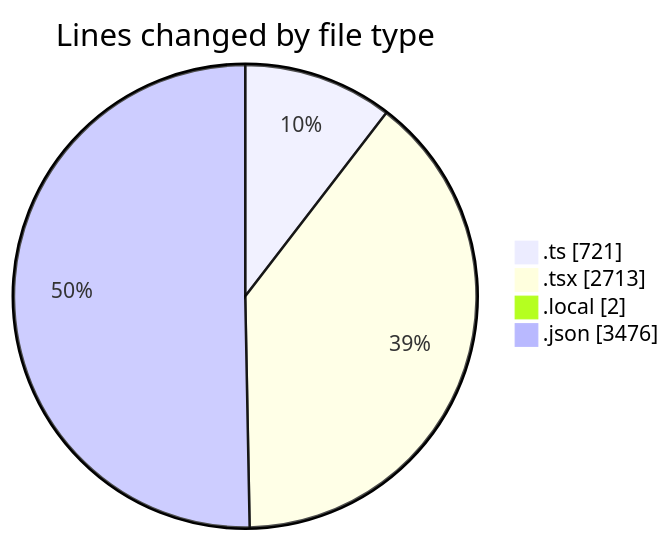
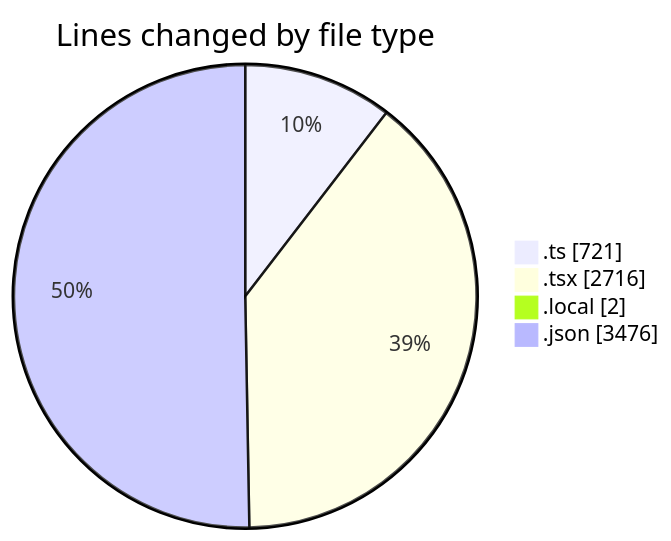
One commit to julien-gomy/code-tracking changed the first of 2 diagrams in 2025-10-28/eventscop-frontend-guide__workspace_/README.md. Above: the diagram before and after it, drawn with Mermaid. The commit also changed other lines of this file and 1 other file, not shown here.

````diff
--- a/2025-10-28/eventscop-frontend-guide__workspace_/README.md
+++ b/2025-10-28/eventscop-frontend-guide__workspace_/README.md
@@ -42,8 +42,8 @@
 ```mermaid
 pie showData
 title Lines changed by file type
 ".ts" : 721
-".tsx" : 2713
+".tsx" : 2716
 ".local" : 2
 ".json" : 3476
 ```
````
